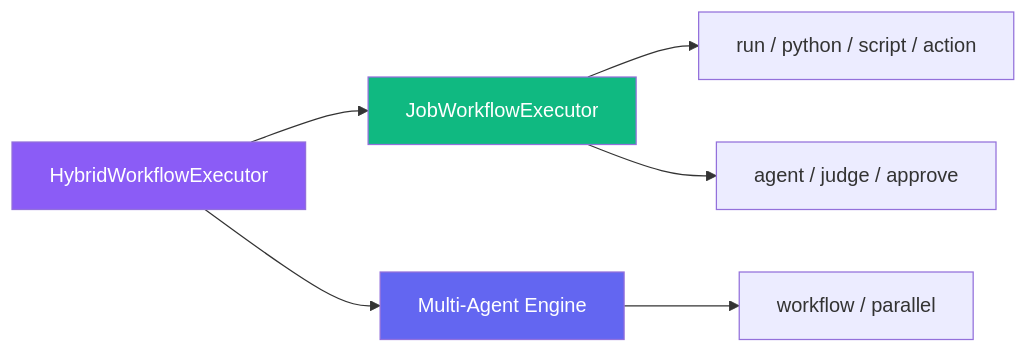
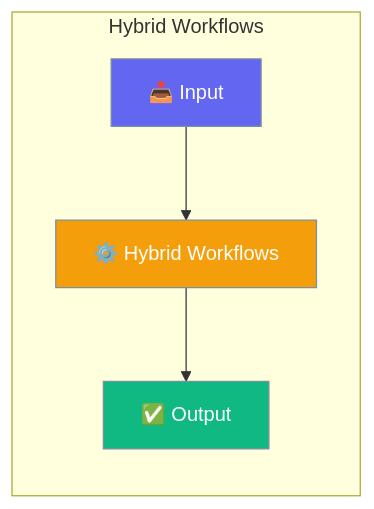
Before and after one commit to MervinPraison/PraisonAIDocs: the diagram in docs/features/hybrid-workflows.mdx, drawn with Mermaid. The commit also changed other lines of this file and 143 other files, not shown here.

First line of the commit message:
docs: AGENTS.md compliance sweep — mermaid, AccordionGroup, CardGroup, Steps (fixes #1000)

````diff
--- a/docs/features/hybrid-workflows.mdx
+++ b/docs/features/hybrid-workflows.mdx
@@ -69,12 +10,15 @@
 ```mermaid
-flowchart LR
-    H["HybridWorkflowExecutor"] --> J["JobWorkflowExecutor"]
-    H --> W["Multi-Agent Engine"]
-    J --> D["run / python / script / action"]
-    J --> A["agent / judge / approve"]
-    W --> MA["workflow / parallel"]
+graph LR
+    subgraph "Hybrid Workflows"
+        A[📥 Input] --> B[⚙️ Hybrid Workflows]
+        B --> C[✅ Output]
+    end
 
-    style H fill:#8B5CF6,color:#fff
-    style J fill:#10B981,color:#fff
-    style W fill:#6366F1,color:#fff
+    classDef input fill:#6366F1,stroke:#7C90A0,color:#fff
+    classDef process fill:#F59E0B,stroke:#7C90A0,color:#fff
+    classDef output fill:#10B981,stroke:#7C90A0,color:#fff
+
+    class A input
+    class B process
+    class C output
 ```
````
